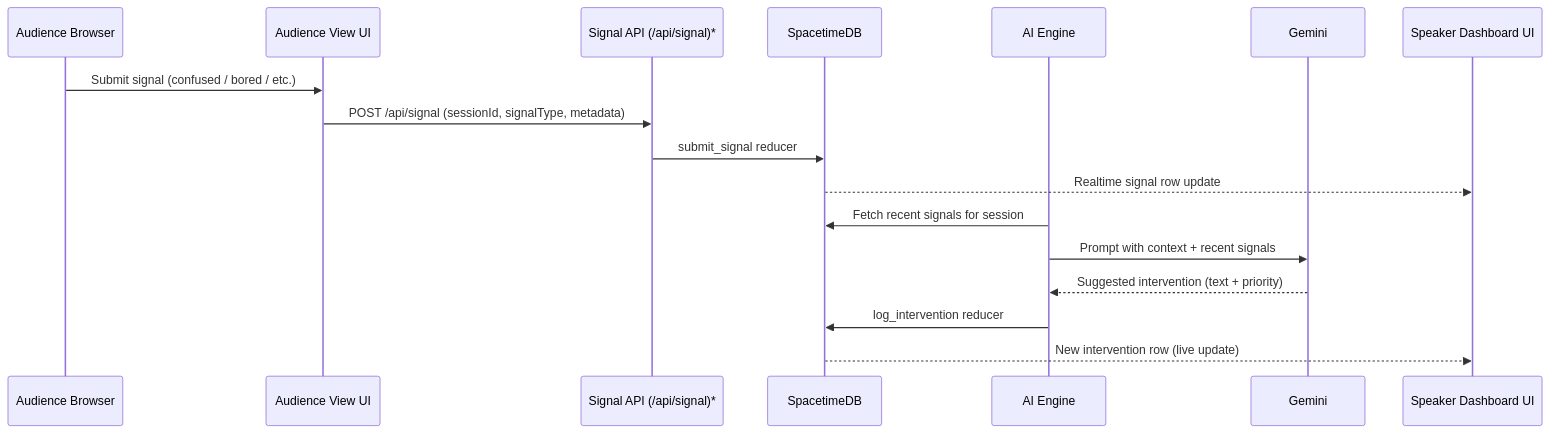
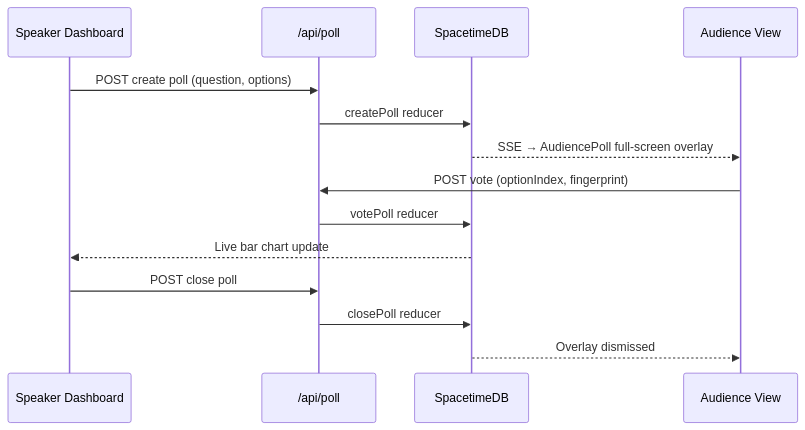
One commit to arvinder004/PULSE_HACKBYTE4.0 changed the seventh of 10 diagrams in PULSE_ARCHITECTUREPLAN.md. Above: the diagram before and after it, drawn with Mermaid. The commit also changed other lines of this file, not shown here.

````diff
--- a/PULSE_ARCHITECTUREPLAN.md
+++ b/PULSE_ARCHITECTUREPLAN.md
@@ -277,22 +427,17 @@
 ```mermaid
 sequenceDiagram
-    participant Aud as Audience Browser
-    participant UI as Audience View UI
-    participant API as Signal API (/api/signal)*
+    participant SpkUI as Speaker Dashboard
+    participant PollAPI as /api/poll
     participant STDB as SpacetimeDB
-    participant AI as AI Engine
-    participant Gem as Gemini
-    participant SpkUI as Speaker Dashboard UI
+    participant AudUI as Audience View
 
-    Aud->>UI: Submit signal (confused / bored / etc.)
-    UI->>API: POST /api/signal (sessionId, signalType, metadata)
-    API->>STDB: submit_signal reducer
-    STDB-->>SpkUI: Realtime signal row update
-
-    AI->>STDB: Fetch recent signals for session
-    AI->>Gem: Prompt with context + recent signals
-    Gem-->>AI: Suggested intervention (text + priority)
-    AI->>STDB: log_intervention reducer
-
-    STDB-->>SpkUI: New intervention row (live update)
+    SpkUI->>PollAPI: POST create poll (question, options)
+    PollAPI->>STDB: createPoll reducer
+    STDB-->>AudUI: SSE → AudiencePoll full-screen overlay
+    AudUI->>PollAPI: POST vote (optionIndex, fingerprint)
+    PollAPI->>STDB: votePoll reducer
+    STDB-->>SpkUI: Live bar chart update
+    SpkUI->>PollAPI: POST close poll
+    PollAPI->>STDB: closePoll reducer
+    STDB-->>AudUI: Overlay dismissed
 ```
````
